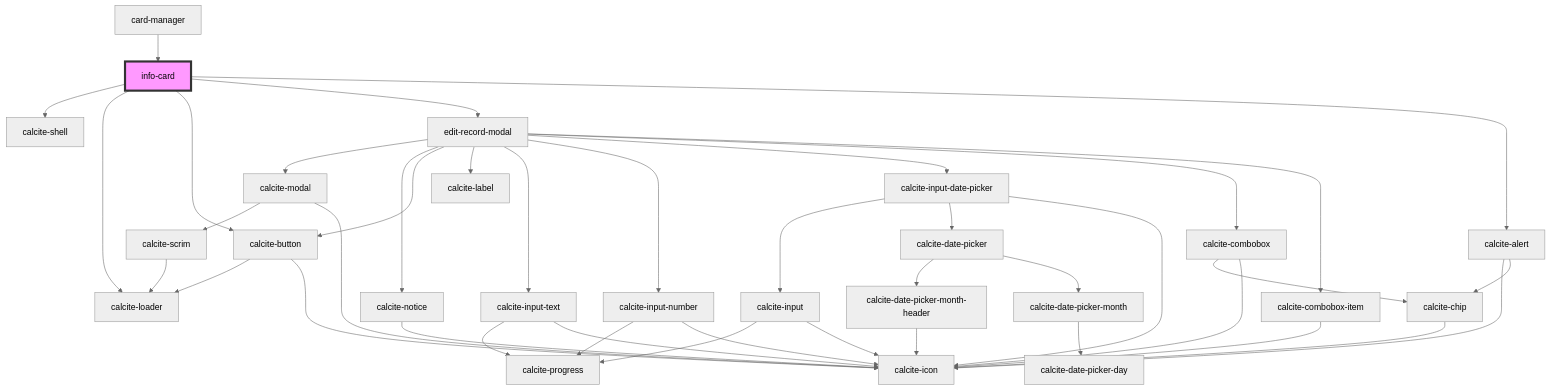
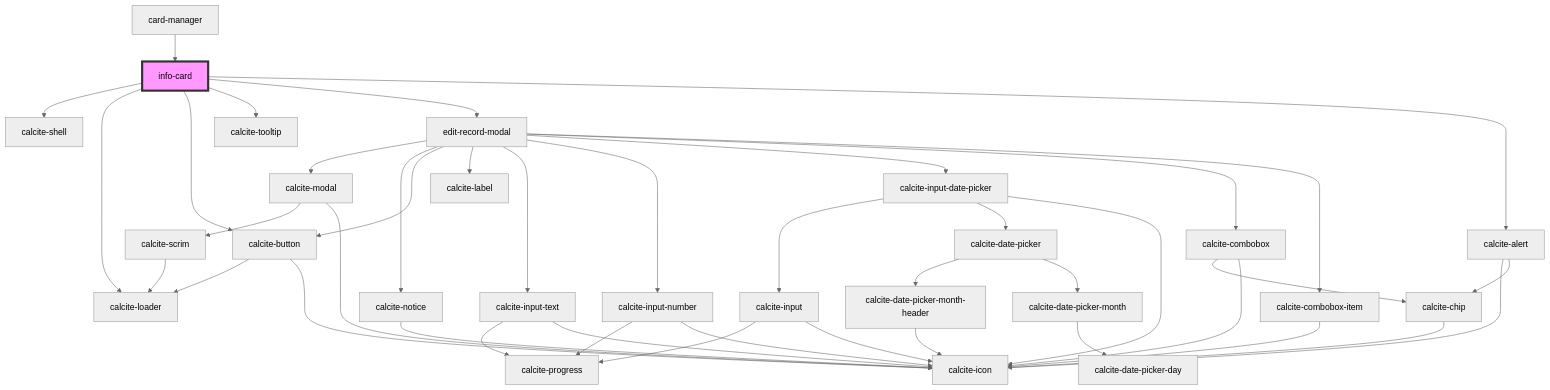
Before and after one commit to Esri/solutions-components: the diagram in src/components/info-card/readme.md, drawn with Mermaid (neutral theme). The commit also changed other lines of this file and 10 other files, not shown here.

````diff
--- a/src/components/info-card/readme.md
+++ b/src/components/info-card/readme.md
@@ -45,44 +46,45 @@
 ```mermaid
 graph TD;
   info-card --> calcite-shell
   info-card --> calcite-loader
   info-card --> calcite-button
+  info-card --> calcite-tooltip
   info-card --> edit-record-modal
   info-card --> calcite-alert
   calcite-button --> calcite-loader
   calcite-button --> calcite-icon
   edit-record-modal --> calcite-modal
   edit-record-modal --> calcite-notice
   edit-record-modal --> calcite-button
   edit-record-modal --> calcite-label
   edit-record-modal --> calcite-input-text
   edit-record-modal --> calcite-input-number
   edit-record-modal --> calcite-input-date-picker
   edit-record-modal --> calcite-combobox
   edit-record-modal --> calcite-combobox-item
   calcite-modal --> calcite-scrim
   calcite-modal --> calcite-icon
   calcite-scrim --> calcite-loader
   calcite-notice --> calcite-icon
   calcite-input-text --> calcite-progress
   calcite-input-text --> calcite-icon
   calcite-input-number --> calcite-progress
   calcite-input-number --> calcite-icon
   calcite-input-date-picker --> calcite-input
   calcite-input-date-picker --> calcite-date-picker
   calcite-input-date-picker --> calcite-icon
   calcite-input --> calcite-progress
   calcite-input --> calcite-icon
   calcite-date-picker --> calcite-date-picker-month-header
   calcite-date-picker --> calcite-date-picker-month
   calcite-date-picker-month-header --> calcite-icon
   calcite-date-picker-month --> calcite-date-picker-day
   calcite-combobox --> calcite-chip
   calcite-combobox --> calcite-icon
   calcite-chip --> calcite-icon
   calcite-combobox-item --> calcite-icon
   calcite-alert --> calcite-icon
   calcite-alert --> calcite-chip
   card-manager --> info-card
   style info-card fill:#f9f,stroke:#333,stroke-width:4px
 ```
````
